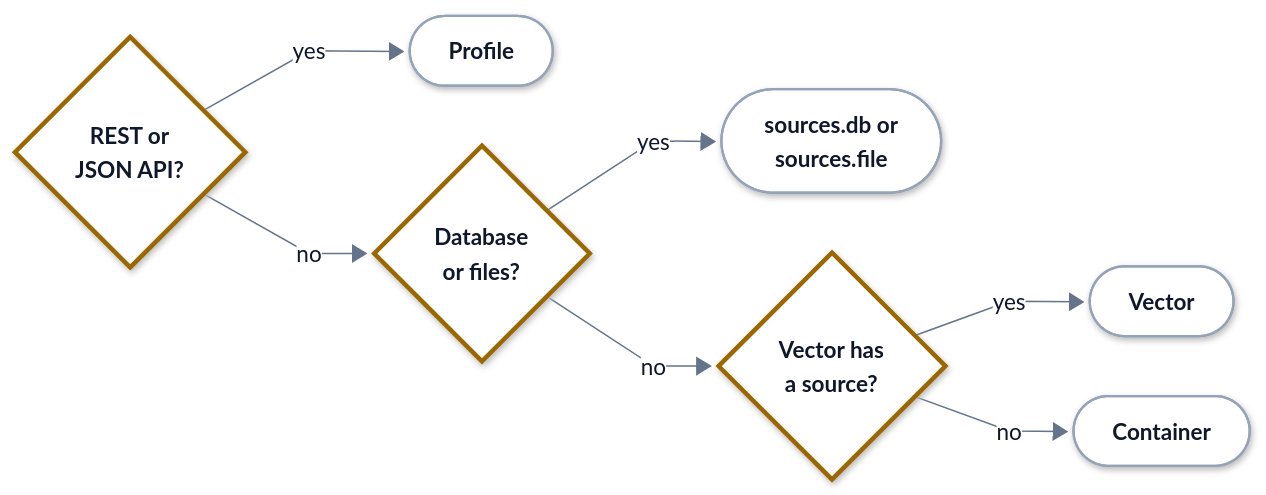
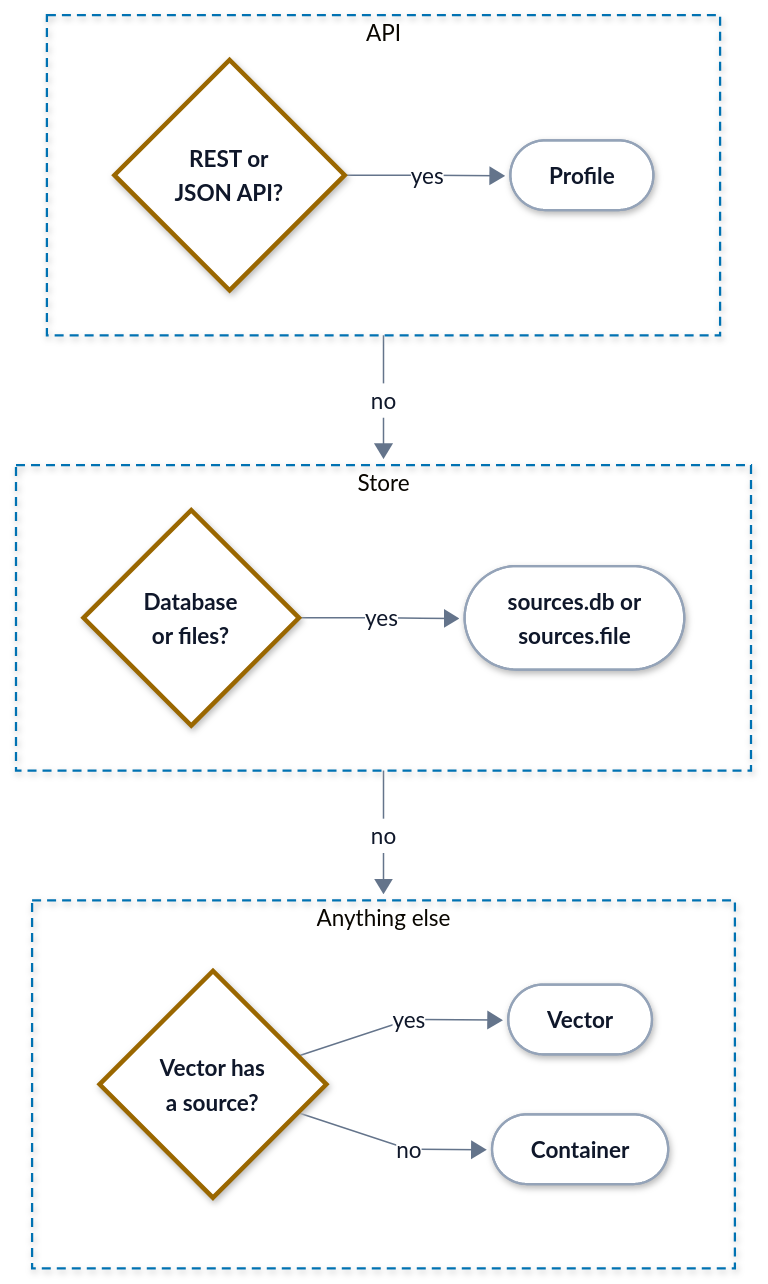
One commit to hyperi-io/dfe-fetcher changed the third of 3 diagrams in docs/extractors.md. Above: the diagram before and after it, drawn with Mermaid. The commit also changed other lines of this file and 10 other files, not shown here.

First line of the commit message:
docs(architecture): bring the fetcher pages to the standard (#319)

````diff
--- a/docs/extractors.md
+++ b/docs/extractors.md
@@ -216,24 +215,38 @@
     .ui .label-icon{color:#D9480F}
     .ext .label-icon{color:#64748B}
 ---
-flowchart LR
+flowchart TB
     accTitle: L4 Detail -- Choosing a mode for a source
     accDescr: A REST or JSON API becomes a profile. A database or a set of files becomes a sources.db or sources.file block. Anything else runs on Vector when Vector has a source for it, and in a container otherwise.
 
-    api{"<b>REST or<br/>JSON API?</b>"}
-    profile(["<b>Profile</b>"])
-    store{"<b>Database<br/>or files?</b>"}
-    dbfile(["<b>sources.db or<br/>sources.file</b>"])
-    hasvector{"<b>Vector has<br/>a source?</b>"}
-    vector(["<b>Vector</b>"])
-    container(["<b>Container</b>"])
+    subgraph Q1["API"]
+        direction LR
+        api{"<b>REST or<br/>JSON API?</b>"}
+        profile(["<b>Profile</b>"])
+        api -->|yes| profile
+    end
 
-    api -->|yes| profile
-    api -->|no| store
-    store -->|yes| dbfile
-    store -->|no| hasvector
-    hasvector -->|yes| vector
-    hasvector -->|no| container
+    subgraph Q2["Store"]
+        direction LR
+        store{"<b>Database<br/>or files?</b>"}
+        dbfile(["<b>sources.db or<br/>sources.file</b>"])
+        store -->|yes| dbfile
+    end
+
+    subgraph Q3["Anything else"]
+        direction LR
+        hasvector{"<b>Vector has<br/>a source?</b>"}
+        vector(["<b>Vector</b>"])
+        container(["<b>Container</b>"])
+        hasvector -->|yes| vector
+        hasvector -->|no| container
+    end
+
+    Q1 -->|no| Q2
+    Q2 -->|no| Q3
+
+  class api,store,hasvector decision
+  class profile,dbfile,vector,container part
   classDef ext fill:#F4F6F8,stroke:#94A3B8,stroke-width:1.5px,stroke-dasharray:5 4,color:#0F172A
   classDef ingest fill:#FFFFFF,stroke:#0E8A7D,stroke-width:3px,color:#0F172A
   classDef xform fill:#FFFFFF,stroke:#7B4FB0,stroke-width:3px,color:#0F172A
@@ -245,6 +258,7 @@
   classDef error fill:#FFFFFF,stroke:#C2410C,stroke-width:3px,color:#0F172A
   classDef control fill:#FFFFFF,stroke:#334155,stroke-width:3px,color:#0F172A
   classDef part fill:#FFFFFF,stroke:#94A3B8,stroke-width:1.5px,color:#0F172A
-  class api,store,hasvector decision
-  class profile,dbfile,vector,container part
+  style Q1 fill:none,stroke:#0072B2,stroke-width:1.5px,stroke-dasharray:6 4
+  style Q2 fill:none,stroke:#0072B2,stroke-width:1.5px,stroke-dasharray:6 4
+  style Q3 fill:none,stroke:#0072B2,stroke-width:1.5px,stroke-dasharray:6 4
 ```
````
